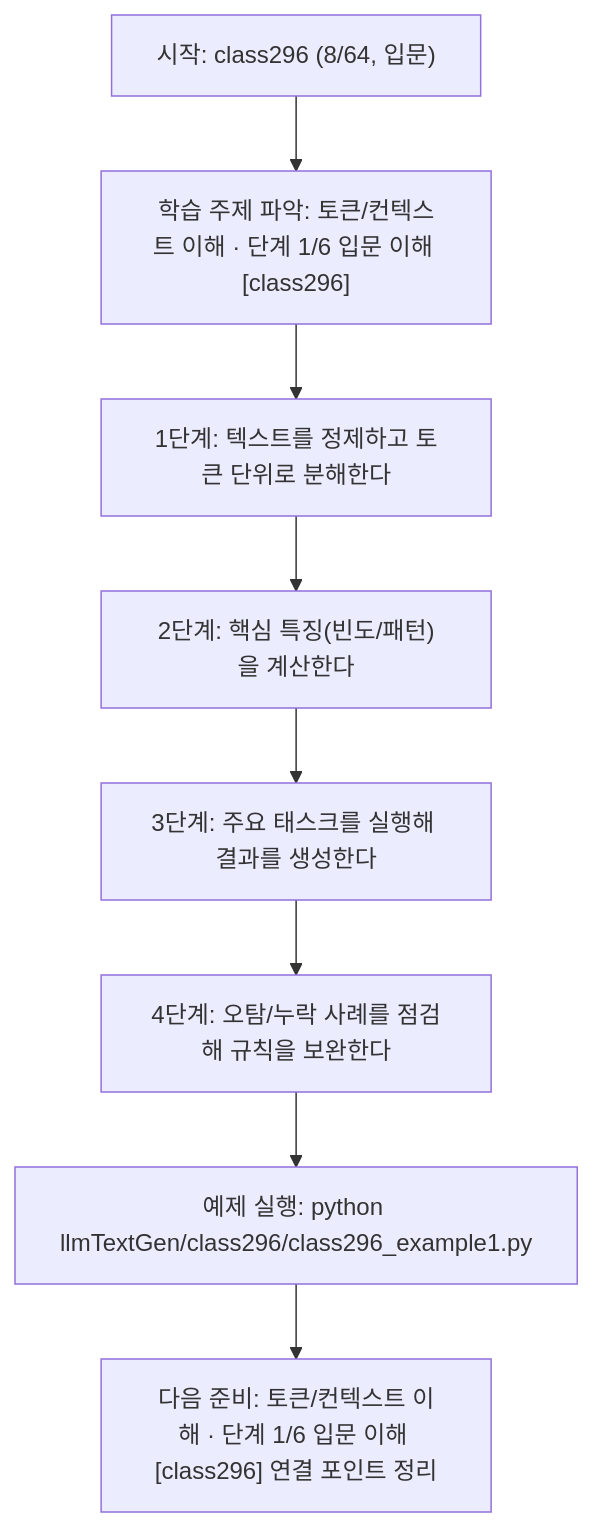
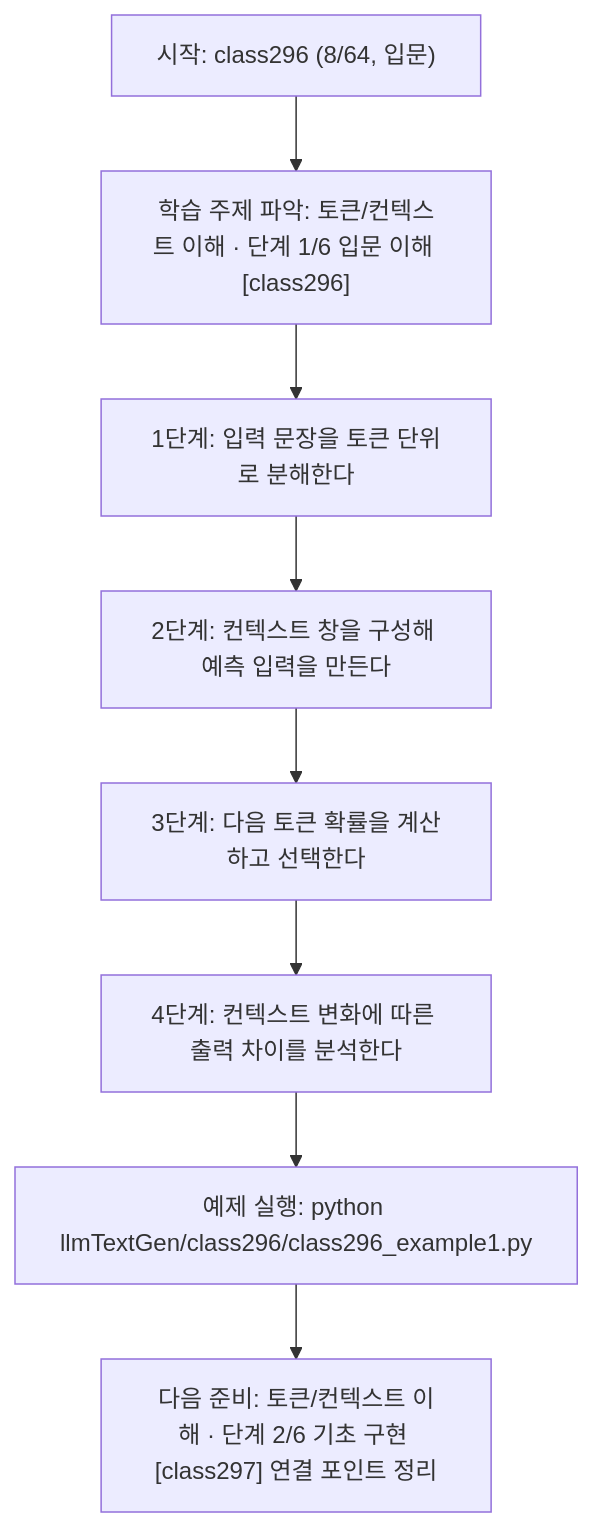
The diagram in llmTextGen/class296/class296.md (edumgt/Python-AI_Agent-Class), drawn with Mermaid before and after one commit. The commit also changed other lines of this file and 451 other files, not shown here.

````diff
--- a/llmTextGen/class296/class296.md
+++ b/llmTextGen/class296/class296.md
@@ -114,18 +95,18 @@
 ```mermaid
 flowchart TD
 N1["시작: class296 (8/64, 입문)"]
 N2["학습 주제 파악: 토큰/컨텍스트 이해 · 단계 1/6 입문 이해 [class296]"]
-N3["1단계: 텍스트를 정제하고 토큰 단위로 분해한다"]
-N4["2단계: 핵심 특징(빈도/패턴)을 계산한다"]
-N5["3단계: 주요 태스크를 실행해 결과를 생성한다"]
-N6["4단계: 오탐/누락 사례를 점검해 규칙을 보완한다"]
+N3["1단계: 입력 문장을 토큰 단위로 분해한다"]
+N4["2단계: 컨텍스트 창을 구성해 예측 입력을 만든다"]
+N5["3단계: 다음 토큰 확률을 계산하고 선택한다"]
+N6["4단계: 컨텍스트 변화에 따른 출력 차이를 분석한다"]
 N7["예제 실행: python llmTextGen/class296/class296_example1.py"]
-N8["다음 준비: 토큰/컨텍스트 이해 · 단계 1/6 입문 이해 [class296] 연결 포인트 정리"]
+N8["다음 준비: 토큰/컨텍스트 이해 · 단계 2/6 기초 구현 [class297] 연결 포인트 정리"]
 N1 --> N2
 N2 --> N3
 N3 --> N4
 N4 --> N5
 N5 --> N6
 N6 --> N7
 N7 --> N8
 ```
````
